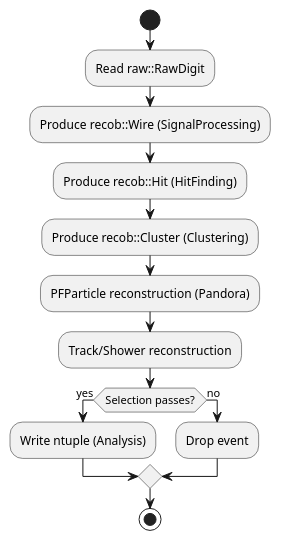
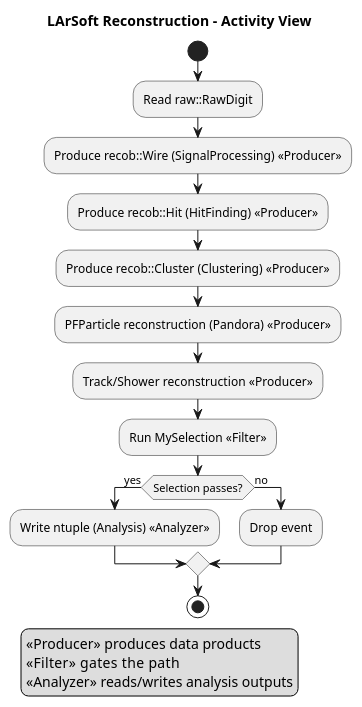
The diagram in activity.puml (njlane314/workflow-diagrams), drawn with PlantUML before and after one commit. The commit also changed 5 other files, not shown here.

Commit message:
Add legends and split diagrams by subsystem

```diff
--- a/activity.puml
+++ b/activity.puml
@@ -1,15 +1,30 @@
 @startuml LArSoft_Activity
+title LArSoft Reconstruction – Activity View
+
+skinparam stereotype {
+  CBackgroundColor<<Producer>> #DFF5E1
+  CBackgroundColor<<Filter>>   #FFEBD6
+  CBackgroundColor<<Analyzer>> #E7E9FF
+}
+
+legend left
+  <<Producer>> produces data products
+  <<Filter>>   gates the path
+  <<Analyzer>> reads/writes analysis outputs
+endlegend
+
 start
 :Read raw::RawDigit;
-:Produce recob::Wire (SignalProcessing);
-:Produce recob::Hit (HitFinding);
-:Produce recob::Cluster (Clustering);
-:PFParticle reconstruction (Pandora);
-:Track/Shower reconstruction;
+:Produce recob::Wire (SignalProcessing) <<Producer>>;
+:Produce recob::Hit (HitFinding) <<Producer>>;
+:Produce recob::Cluster (Clustering) <<Producer>>;
+:PFParticle reconstruction (Pandora) <<Producer>>;
+:Track/Shower reconstruction <<Producer>>;
+:Run MySelection <<Filter>>;
 if (Selection passes?) then (yes)
-  :Write ntuple (Analysis);
+  :Write ntuple (Analysis) <<Analyzer>>;
 else (no)
   :Drop event;
 endif
 stop
 @enduml
```
